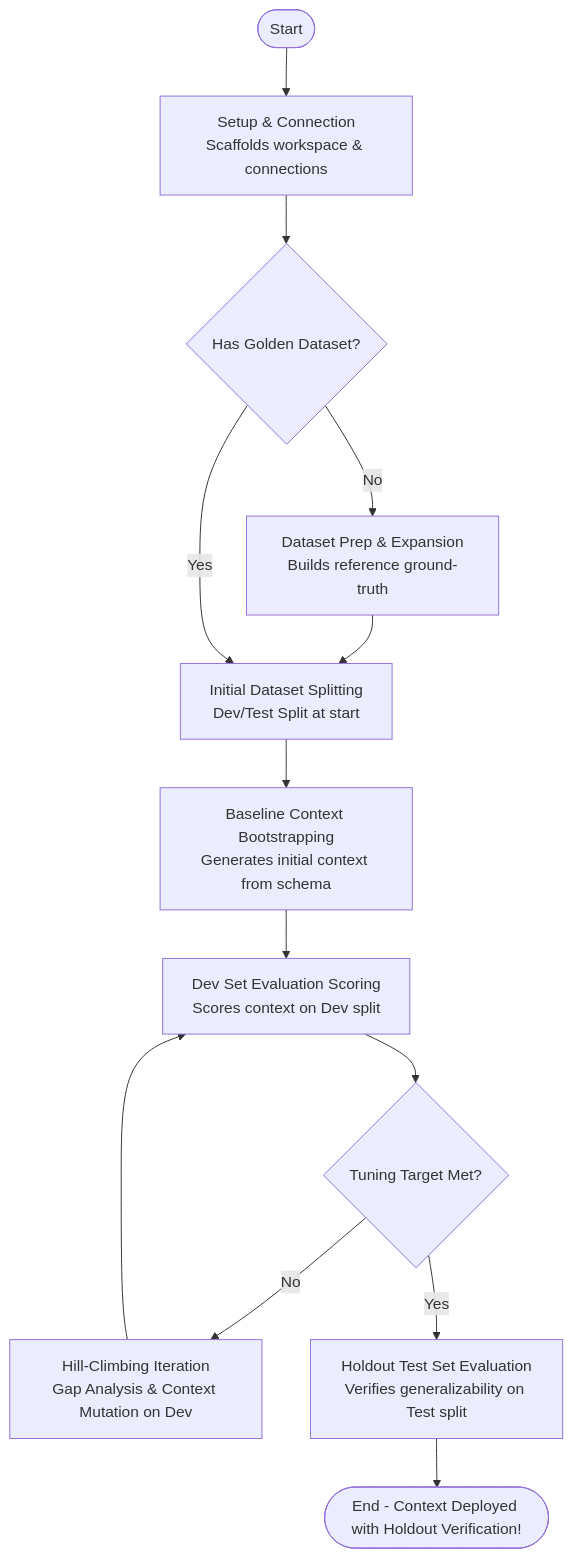
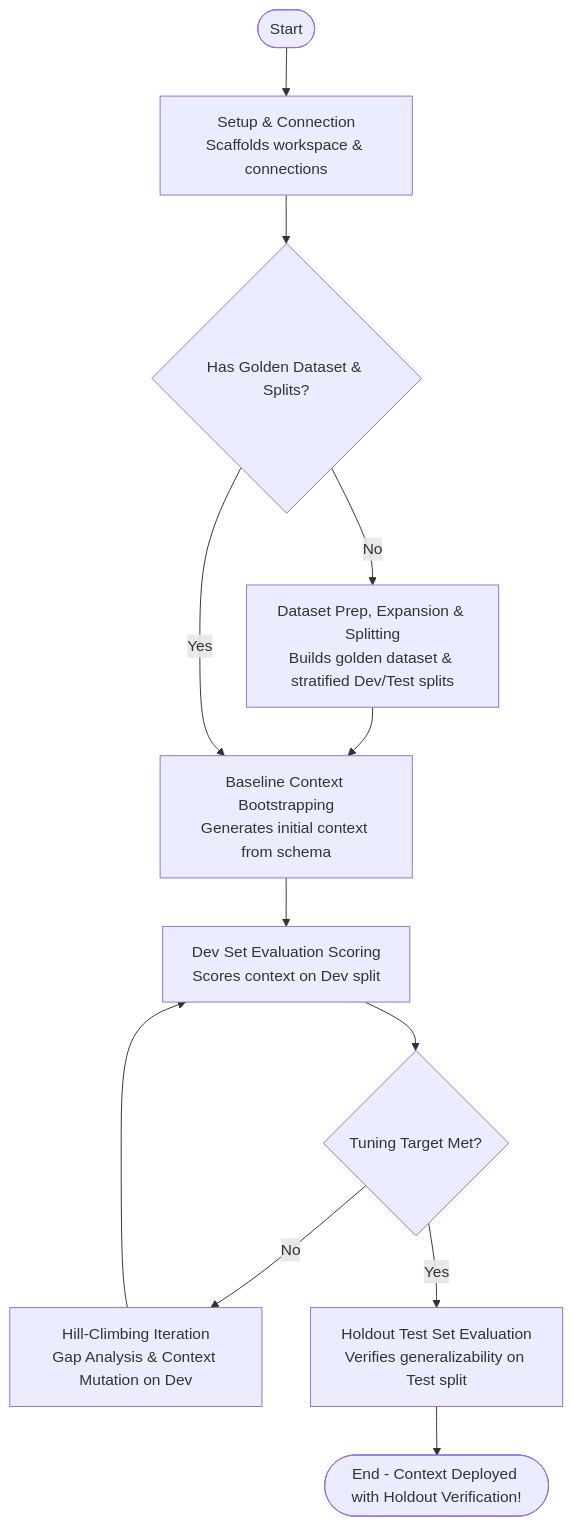
The diagram in plugin/skills/context-engineering-workflow/SKILL.md (GoogleCloudPlatform/db-context-enrichment), drawn with Mermaid before and after one commit. The commit also changed other lines of this file and 7 other files, not shown here.

First line of the commit message:
feat(dataset): add split_dataset MCP tool, move dev-test split to dataset generation, and emphasize generalization gap

````diff
--- a/plugin/skills/context-engineering-workflow/SKILL.md
+++ b/plugin/skills/context-engineering-workflow/SKILL.md
@@ -18,27 +18,24 @@
 ```mermaid
 flowchart TD
     Start([Start]) --> Setup[Setup & Connection
 Scaffolds workspace & connections]
-    Setup --> Prep{Has Golden Dataset?}
+    Setup --> Prep{Has Golden Dataset & Splits?}
     
-    Prep -- No --> DatasetPrep[Dataset Prep & Expansion
-Builds reference ground-truth]
-    DatasetPrep --> Split[Initial Dataset Splitting
-Dev/Test Split at start]
-    Prep -- Yes --> Split
-    
-    Split --> Bootstrap[Baseline Context Bootstrapping
+    Prep -- No --> DatasetPrep[Dataset Prep, Expansion & Splitting
+Builds golden dataset & stratified Dev/Test splits]
+    DatasetPrep --> Bootstrap[Baseline Context Bootstrapping
 Generates initial context from schema]
+    Prep -- Yes --> Bootstrap
     
     Bootstrap --> Evaluate[Dev Set Evaluation Scoring
 Scores context on Dev split]
     Evaluate --> Loop{Tuning Target Met?}
     
     Loop -- No --> Hillclimb[Hill-Climbing Iteration
 Gap Analysis & Context Mutation on Dev]
     Hillclimb --> Evaluate
     
     Loop -- Yes --> Holdout[Holdout Test Set Evaluation
 Verifies generalizability on Test split]
     Holdout --> End([End - Context Deployed with Holdout Verification!])
 ```
````
